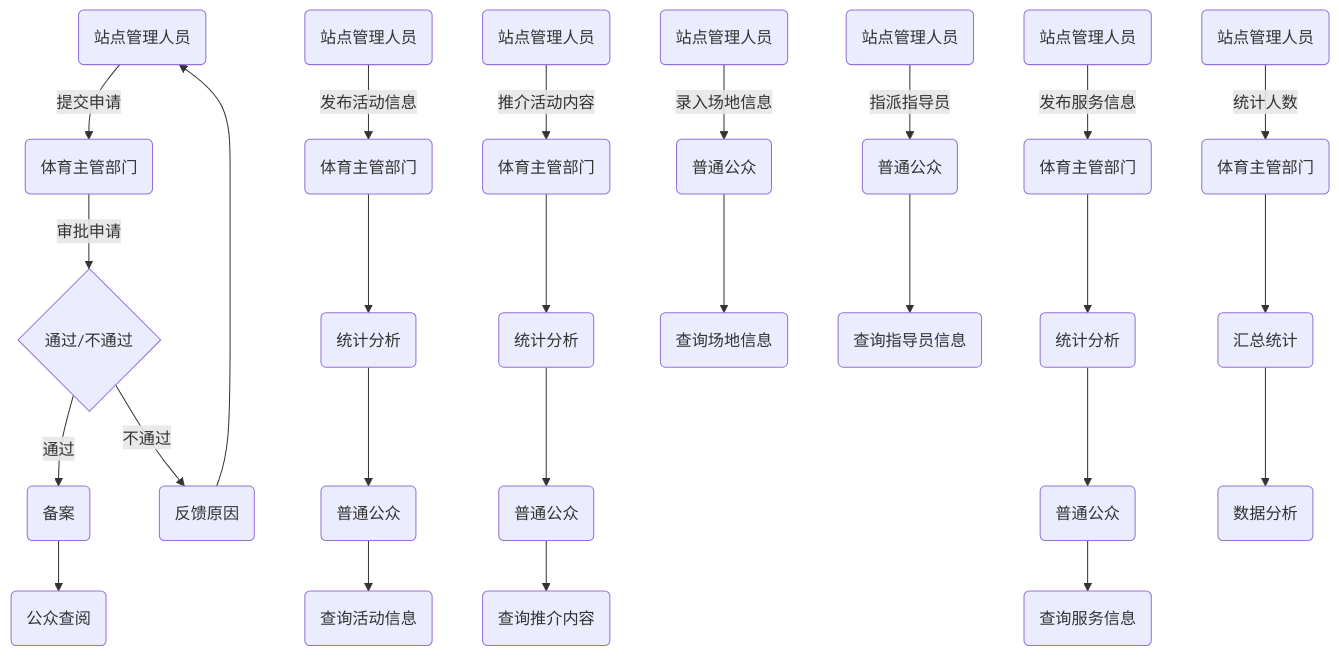
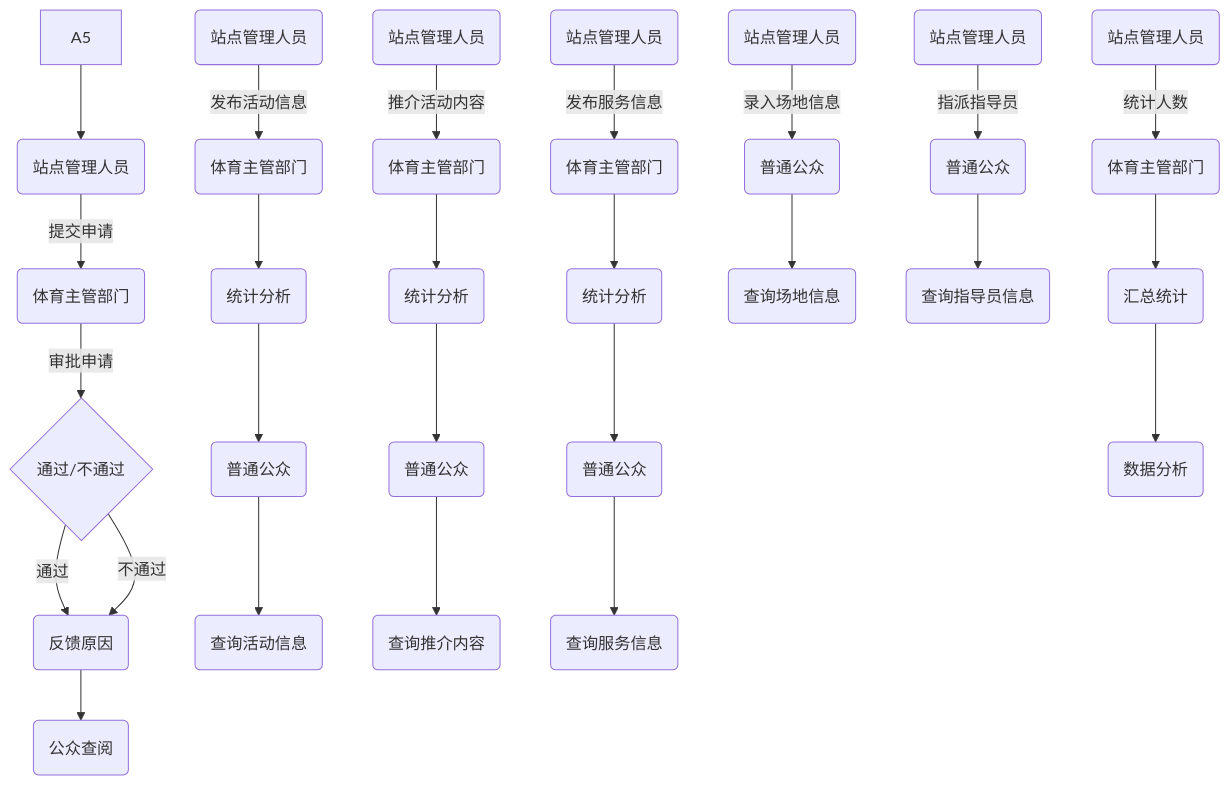
Before and after one commit to miaozjs/iodraw-files: the diagram in all/未命名-1.md, drawn with Mermaid.

Commit message:
2024-06-13 17:29:36 update

````diff
--- a/all/未命名-1.md
+++ b/all/未命名-1.md
@@ -1,35 +1,35 @@
 ```mermaid
 graph TD
     A1(站点管理人员) -->|提交申请| A2(体育主管部门)
     A2 -->|审批申请| A3{通过/不通过}
     A3 -->|通过| A4(备案)
-    A3 -->|不通过| A5(反馈原因)
+    A3 -->|不通过| A4(反馈原因)
     A4 --> A6(公众查阅)
     A5 --> A1
 
     B1(站点管理人员) -->|发布活动信息| B2(体育主管部门)
     B2 --> B3(统计分析)
     B3 --> B4(普通公众)
     B4 --> B5(查询活动信息)
 
     C1(站点管理人员) -->|推介活动内容| C2(体育主管部门)
     C2 --> C3(统计分析)
     C3 --> C4(普通公众)
     C4 --> C5(查询推介内容)
 
     D1(站点管理人员) -->|发布服务信息| D2(体育主管部门)
     D2 --> D3(统计分析)
     D3 --> D4(普通公众)
     D4 --> D5(查询服务信息)
 
     E1(站点管理人员) -->|录入场地信息| E4(普通公众)
     E4 --> E6(查询场地信息)
 
     F1(站点管理人员) -->|指派指导员| F4(普通公众)
     F4 --> F6(查询指导员信息)
 
     G1(站点管理人员) -->|统计人数| G2(体育主管部门)
     G2 --> G3(汇总统计)
     G3 --> G4(数据分析)
 
 ```
````
